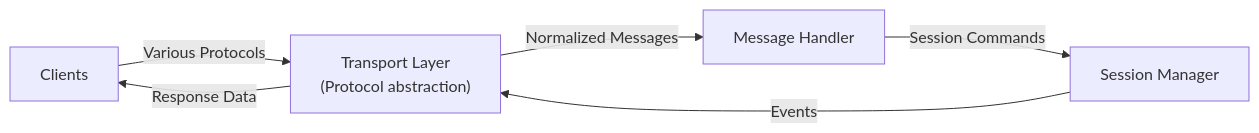
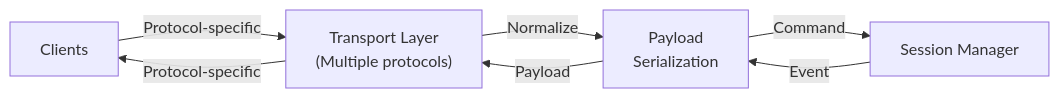
Before and after one commit to cyra-ai/cyra: the second of 7 diagrams in docs/Architecture.md, drawn with Mermaid. The commit also changed other lines of this file and 4 other files, not shown here.

````diff
--- a/docs/Architecture.md
+++ b/docs/Architecture.md
@@ -69,13 +76,14 @@
 ```mermaid
 graph LR
     Clients["Clients"]
-    Transport["Transport Layer<br/>(Protocol abstraction)"]
-    Handler["Message Handler"]
+    Transport["Transport Layer<br/>(Multiple protocols)"]
+    Serializer["Payload<br/>Serialization"]
     Session["Session Manager"]
 
-    Clients -->|Various Protocols| Transport
-    Transport -->|Normalized Messages| Handler
-    Handler -->|Session Commands| Session
-    Session -->|Events| Transport
-    Transport -->|Response Data| Clients
+    Clients -->|Protocol-specific| Transport
+    Transport -->|Normalize| Serializer
+    Serializer -->|Command| Session
+    Session -->|Event| Serializer
+    Serializer -->|Payload| Transport
+    Transport -->|Protocol-specific| Clients
 ```
````
